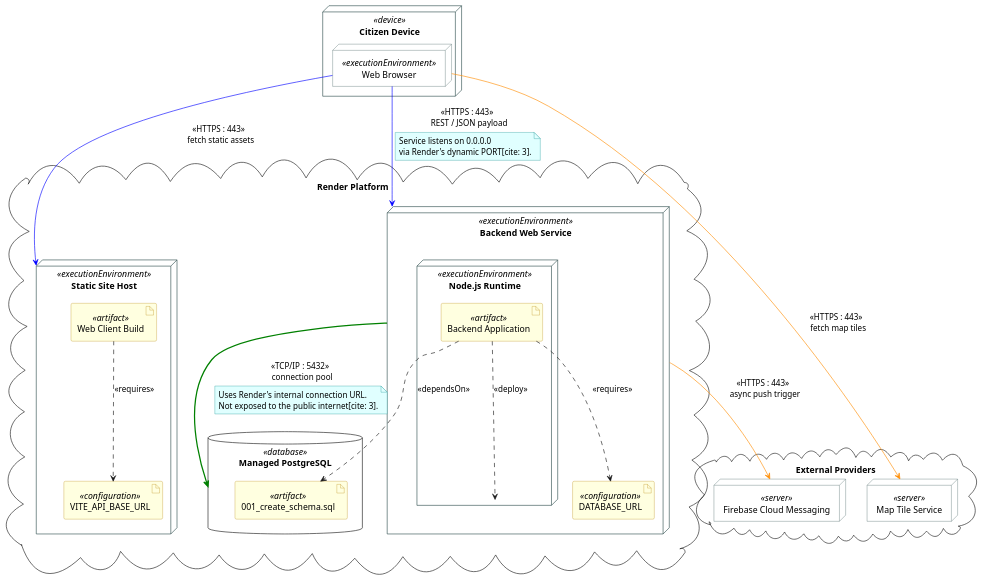
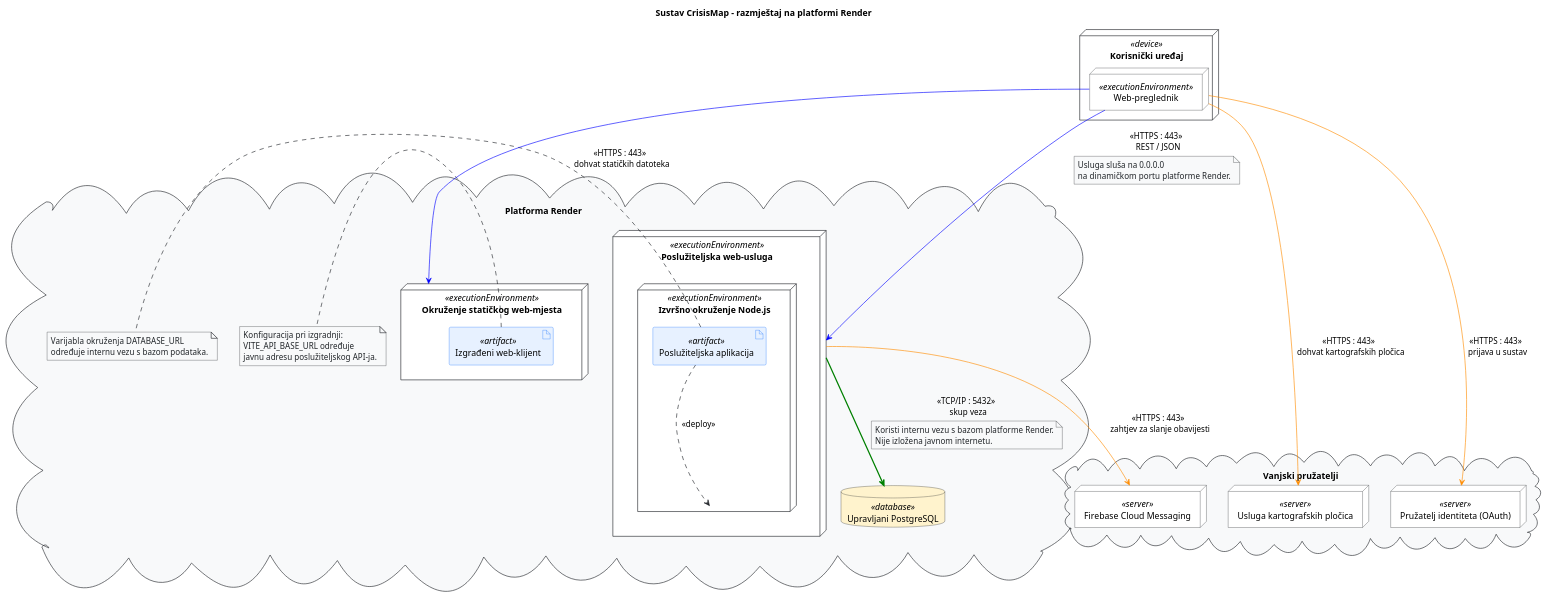
Before and after one commit to VladoSruk/Programsko-inzenjerstvo: the diagram in docs/puml/6-1-crisismap-DD.puml, drawn with PlantUML. The commit also changed other lines of this file and 9 other files, not shown here.

First line of the commit message:
docs(uml): osvježi i standardiziraj CrisisMap UML dokumentaciju

```diff
--- a/docs/puml/6-1-crisismap-DD.puml
+++ b/docs/puml/6-1-crisismap-DD.puml
@@ -35,86 +21,100 @@
 @startuml
+title Sustav CrisisMap – razmještaj na platformi Render
 
+skinparam shadowing false
 skinparam defaultFontName Arial
+skinparam ArrowColor #212529
+
 skinparam node {
-    BackgroundColor White
-    BorderColor DarkSlateGray
+    BackgroundColor #FFFFFF
+    BorderColor #212529
 }
+
+skinparam cloud {
+    BackgroundColor #F8F9FA
+    BorderColor #212529
+}
+
 skinparam artifact {
-    BackgroundColor LightYellow
-    BorderColor DarkGoldenRod
+    BackgroundColor #E7F1FF
+    BorderColor #0D6EFD
 }
+
+skinparam database {
+    BackgroundColor #FFF3CD
+    BorderColor #212529
+}
+
 skinparam note {
-    BackgroundColor LightCyan
-    BorderColor DarkCyan
+    BackgroundColor #F8F9FA
+    BorderColor #212529
+    FontColor #212529
 }
 
 ' ==============================================================================
-' Nodes, Environments, and Configuration Artifacts
+' Čvorovi, okruženja i razmješteni artefakti
 ' ==============================================================================
-node "Citizen Device" as Device <<device>> {
-  node "Web Browser" as Browser <<executionEnvironment>>
+node "Korisnički uređaj" as Device <<device>> {
+  node "Web-preglednik" as Browser <<executionEnvironment>>
 }
 
-cloud "Render Platform" as Render {
-  
-  node "Static Site Host" as Static <<executionEnvironment>> {
-    artifact "Web Client Build" as Frontend <<artifact>>
-    artifact "VITE_API_BASE_URL" as FrontendEnv <<configuration>>
-    
-    ' Dependency: Frontend requires the public API URL
-    Frontend ..> FrontendEnv : <<requires>>
+cloud "Platforma Render" as Render {
+
+  node "Okruženje statičkog web-mjesta" as Static <<executionEnvironment>> {
+    artifact "Izgrađeni web-klijent" as Frontend <<artifact>>
   }
-  
-  node "Backend Web Service" as Service <<executionEnvironment>> {
-    node "Node.js Runtime" as NodeEngine <<executionEnvironment>> {
-      artifact "Backend Application" as Backend <<artifact>>
+
+  note right of Frontend
+    Konfiguracija pri izgradnji:
+    VITE_API_BASE_URL određuje
+    javnu adresu poslužiteljskog API-ja.
+  end note
+
+  node "Poslužiteljska web-usluga" as Service <<executionEnvironment>> {
+    node "Izvršno okruženje Node.js" as NodeEngine <<executionEnvironment>> {
+      artifact "Poslužiteljska aplikacija" as Backend <<artifact>>
     }
-    artifact "DATABASE_URL" as BackendEnv <<configuration>>
-    
-    ' Dependency: Backend requires the runtime and the secret DB URL
-    Backend ..> BackendEnv : <<requires>>
+
     Backend ..> NodeEngine : <<deploy>>
   }
-  
-  database "Managed PostgreSQL" as DB <<database>> {
-    artifact "001_create_schema.sql" as Schema <<artifact>>
-  }
+
+  note right of Backend
+    Varijabla okruženja DATABASE_URL
+    određuje internu vezu s bazom podataka.
+  end note
+
+  database "Upravljani PostgreSQL" as DB <<database>>
 }
 
-cloud "External Providers" as External {
-  node "Map Tile Service" as Maps <<server>>
+cloud "Vanjski pružatelji" as External {
+  node "Usluga kartografskih pločica" as Maps <<server>>
   node "Firebase Cloud Messaging" as FCM <<server>>
+  node "Pružatelj identiteta (OAuth)" as IdP <<server>>
 }
 
 ' ==============================================================================
-' Operational Dependencies across Nodes
-' ==============================================================================
-' Dependency: Backend cannot operate unless the DB schema is applied first
-Backend ..> Schema : <<dependsOn>>
-
-' ==============================================================================
-' Active Communication Paths (Live Network Traffic)
+' Komunikacijski putovi (stvarni mrežni promet)
 ' ==============================================================================
 
-' 1. Public Asset Delivery
-Browser -[#blue]-> Static : <<HTTPS : 443>> \n fetch static assets
+' 1. Isporuka statičkih datoteka (javno)
+Browser -[#blue]-> Static : <<HTTPS : 443>> \n dohvat statičkih datoteka
 
-' 2. Public API Traffic
-Browser -[#blue]-> Service : <<HTTPS : 443>> \n REST / JSON payload
+' 2. Javni API promet
+Browser -[#blue]-> Service : <<HTTPS : 443>> \n REST / JSON
 note on link
-  Service listens on 0.0.0.0 
-  via Render's dynamic PORT[cite: 3].
+  Usluga sluša na 0.0.0.0
+  na dinamičkom portu platforme Render.
 end note
 
-' 3. Internal Database Routing
-Service -[#green,bold]-> DB : <<TCP/IP : 5432>> \n connection pool
+' 3. Interna veza s bazom
+Service -[#green,bold]-> DB : <<TCP/IP : 5432>> \n skup veza
 note on link
-  Uses Render's internal connection URL.
-  Not exposed to the public internet[cite: 3].
+  Koristi internu vezu s bazom platforme Render.
+  Nije izložena javnom internetu.
 end note
 
-' 4. Outbound Third-Party API Traffic
-Service -[#darkorange]-> FCM : <<HTTPS : 443>> \n async push trigger
-Browser -[#darkorange]-> Maps : <<HTTPS : 443>> \n fetch map tiles
-
+' 4. Odlazni promet prema vanjskim pružateljima
+Service -[#darkorange]-> FCM : <<HTTPS : 443>> \n zahtjev za slanje obavijesti
+Browser -[#darkorange]-> Maps : <<HTTPS : 443>> \n dohvat kartografskih pločica
+Browser -[#darkorange]-> IdP : <<HTTPS : 443>> \n prijava u sustav
 @enduml
```
